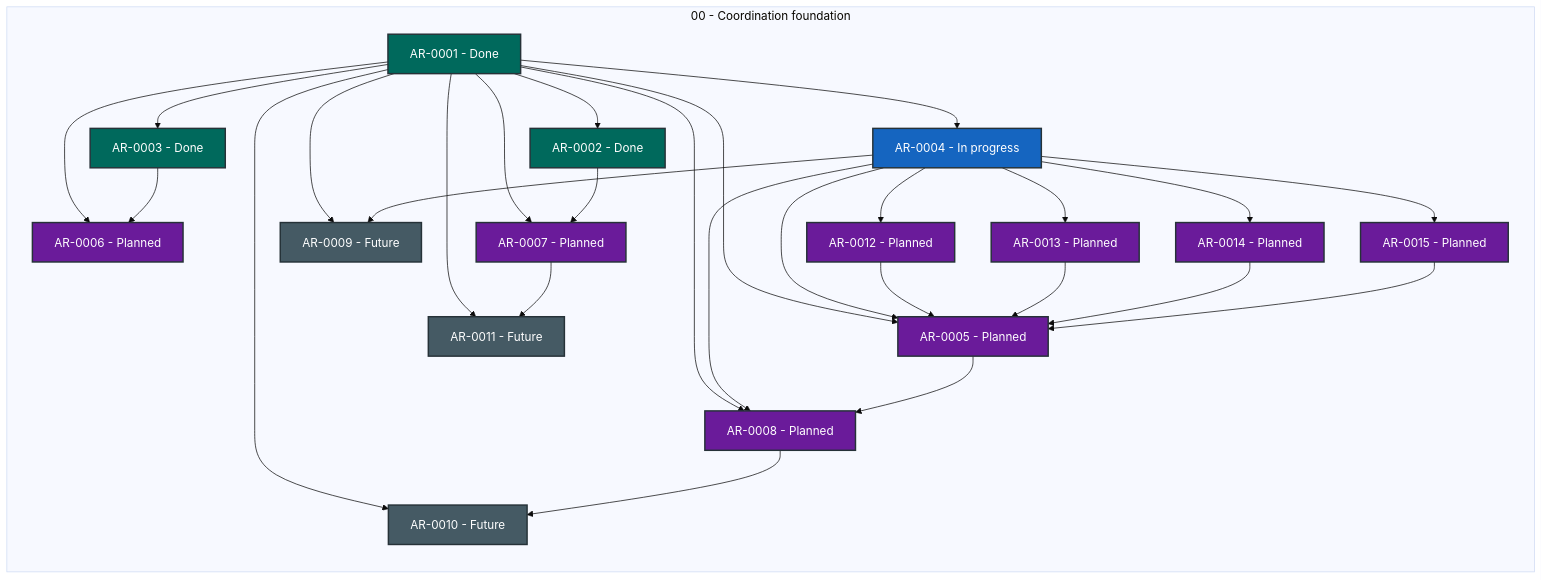
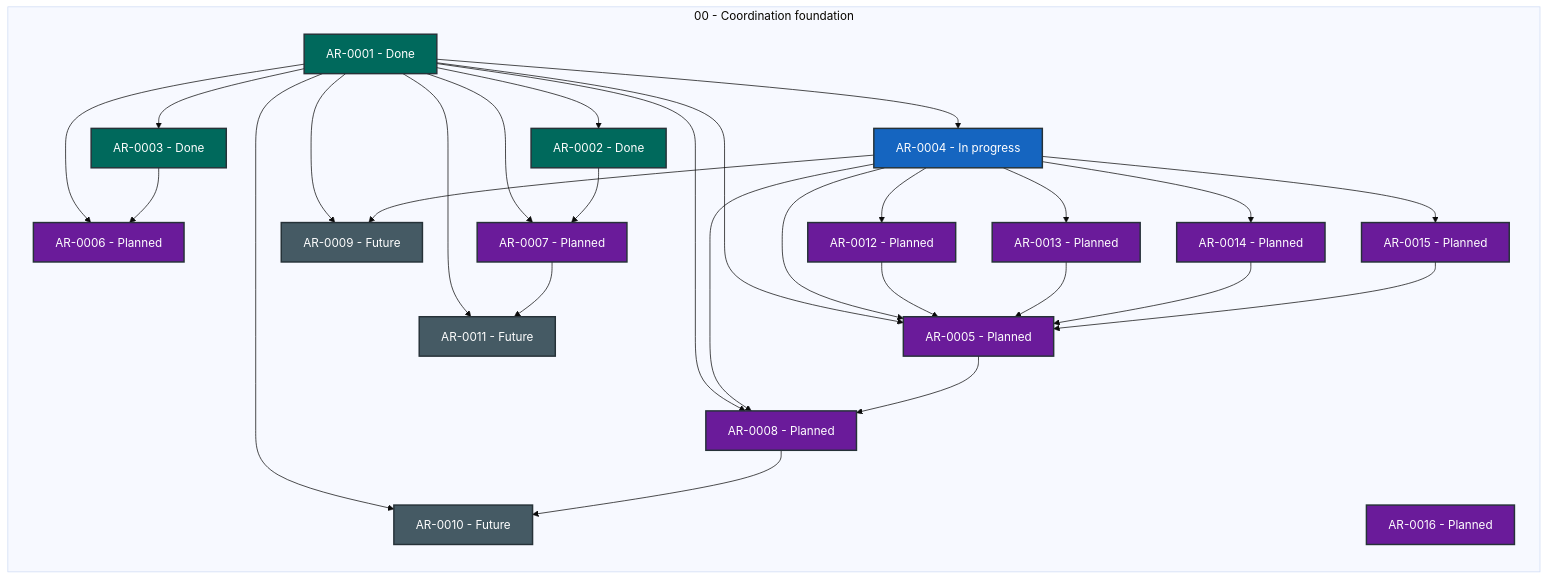
Before and after one commit to martin-beck/agent-workflow-quality-state: the diagram in STATUS.md, drawn with Mermaid (base theme). The commit also changed other lines of this file and 4 other files, not shown here.

````diff
--- a/STATUS.md
+++ b/STATUS.md
@@ -27,55 +27,56 @@
 ```mermaid
 flowchart LR
     subgraph series_00["00 - Coordination foundation"]
         direction TB
         AR_0001["AR-0001 - Done"]:::status_done
         AR_0002["AR-0002 - Done"]:::status_done
         AR_0003["AR-0003 - Done"]:::status_done
         AR_0004["AR-0004 - In progress"]:::status_in_progress
         AR_0005["AR-0005 - Planned"]:::status_planned
         AR_0006["AR-0006 - Planned"]:::status_planned
         AR_0007["AR-0007 - Planned"]:::status_planned
         AR_0008["AR-0008 - Planned"]:::status_planned
         AR_0009["AR-0009 - Future"]:::status_future
         AR_0010["AR-0010 - Future"]:::status_future
         AR_0011["AR-0011 - Future"]:::status_future
         AR_0012["AR-0012 - Planned"]:::status_planned
         AR_0013["AR-0013 - Planned"]:::status_planned
         AR_0014["AR-0014 - Planned"]:::status_planned
         AR_0015["AR-0015 - Planned"]:::status_planned
+        AR_0016["AR-0016 - Planned"]:::status_planned
     end
     AR_0001 --> AR_0002
     AR_0001 --> AR_0003
     AR_0001 --> AR_0004
     AR_0001 --> AR_0005
     AR_0001 --> AR_0006
     AR_0001 --> AR_0007
     AR_0001 --> AR_0008
     AR_0001 --> AR_0009
     AR_0001 --> AR_0010
     AR_0001 --> AR_0011
     AR_0002 --> AR_0007
     AR_0003 --> AR_0006
     AR_0004 --> AR_0005
     AR_0004 --> AR_0008
     AR_0004 --> AR_0009
     AR_0004 --> AR_0012
     AR_0004 --> AR_0013
     AR_0004 --> AR_0014
     AR_0004 --> AR_0015
     AR_0005 --> AR_0008
     AR_0007 --> AR_0011
     AR_0008 --> AR_0010
     AR_0012 --> AR_0005
     AR_0013 --> AR_0005
     AR_0014 --> AR_0005
     AR_0015 --> AR_0005
     classDef status_in_progress fill:#1565c0,color:#ffffff,stroke:#263238,stroke-width:2px
     classDef status_open fill:#2e7d32,color:#ffffff,stroke:#263238,stroke-width:2px
     classDef status_blocked fill:#c62828,color:#ffffff,stroke:#263238,stroke-width:2px
     classDef status_planned fill:#6a1b9a,color:#ffffff,stroke:#263238,stroke-width:2px
     classDef status_future fill:#455a64,color:#ffffff,stroke:#263238,stroke-width:2px
     classDef status_done fill:#00695c,color:#ffffff,stroke:#263238,stroke-width:2px
     classDef status_cancelled fill:#616161,color:#ffffff,stroke:#263238,stroke-width:2px
     classDef status_superseded fill:#5d4037,color:#ffffff,stroke:#263238,stroke-width:2px
 ```
````
